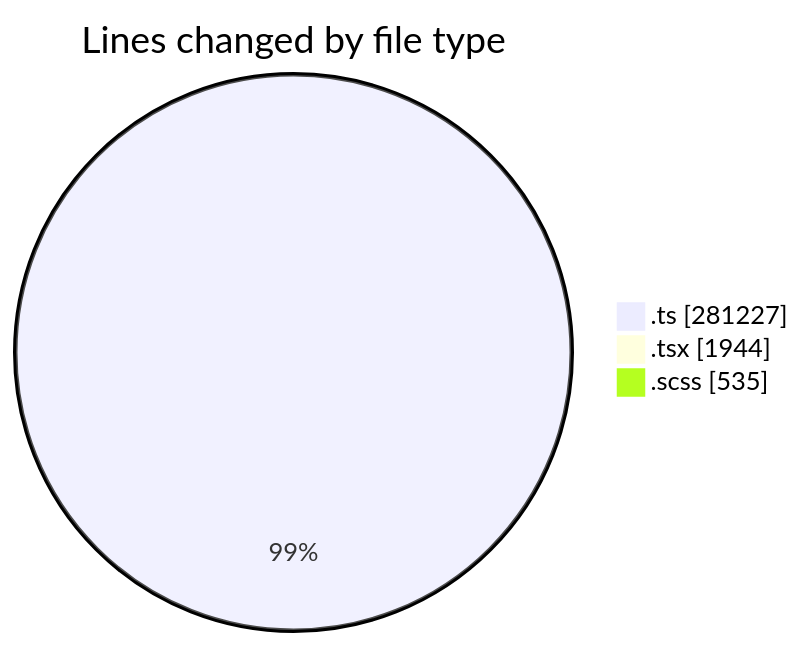
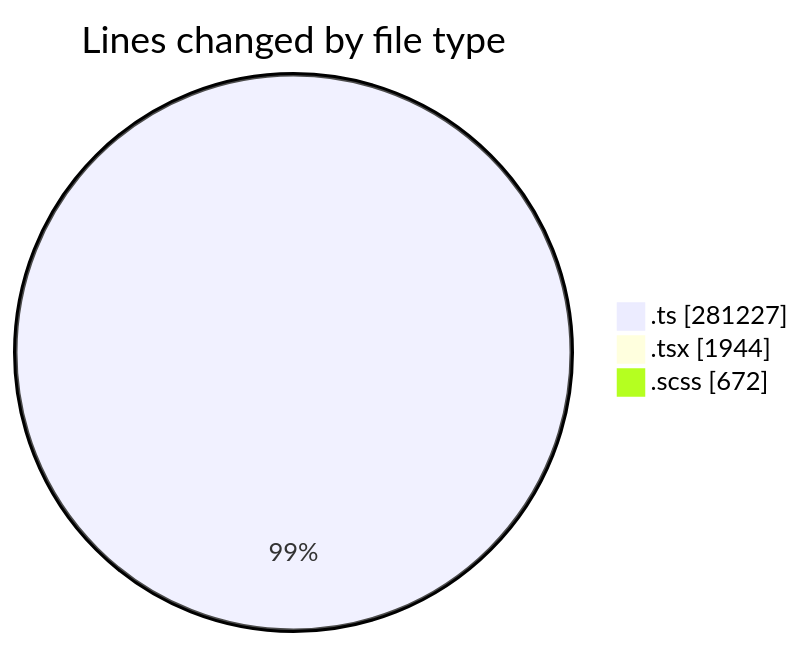
Before and after one commit to momahboobian/code-tracking: the first of 2 diagrams in 2025-08-22/cda/README.md, drawn with Mermaid. The commit also changed other lines of this file and 1 other file, not shown here.

````diff
--- a/2025-08-22/cda/README.md
+++ b/2025-08-22/cda/README.md
@@ -41,7 +42,7 @@
 ```mermaid
 pie showData
 title Lines changed by file type
 ".ts" : 281227
 ".tsx" : 1944
-".scss" : 535
+".scss" : 672
 ```
````
